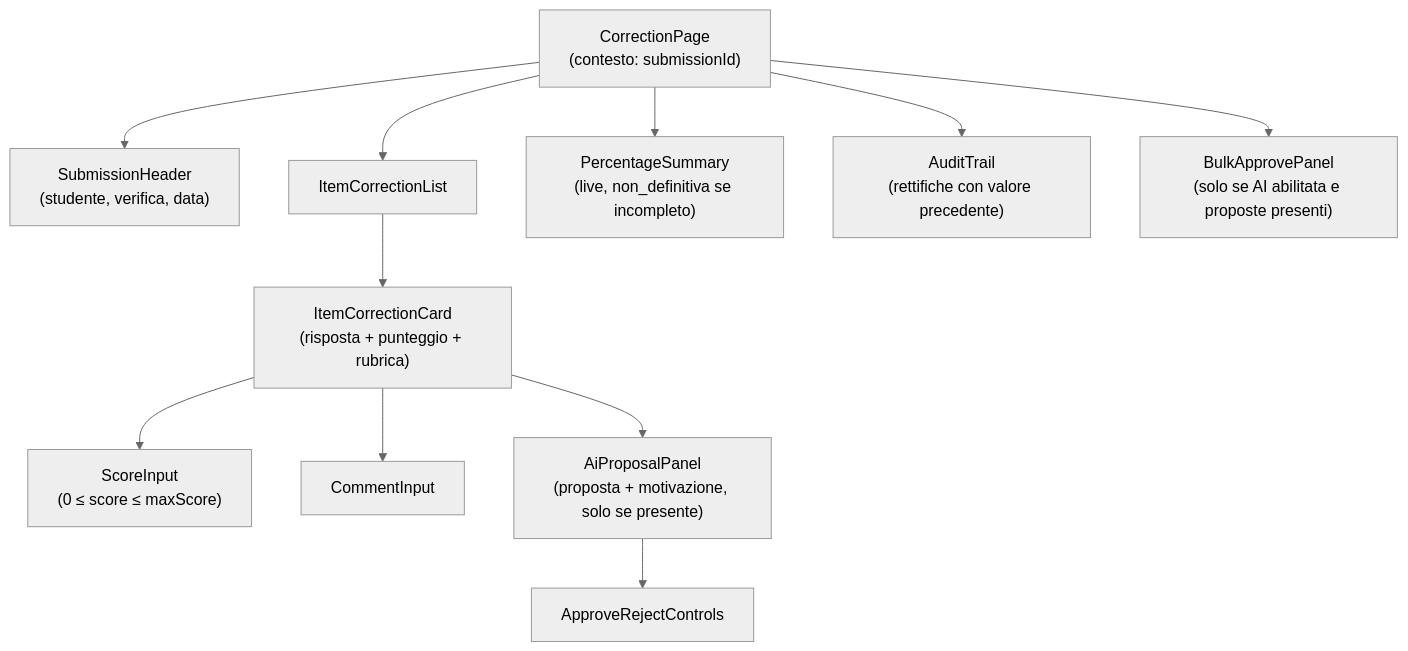
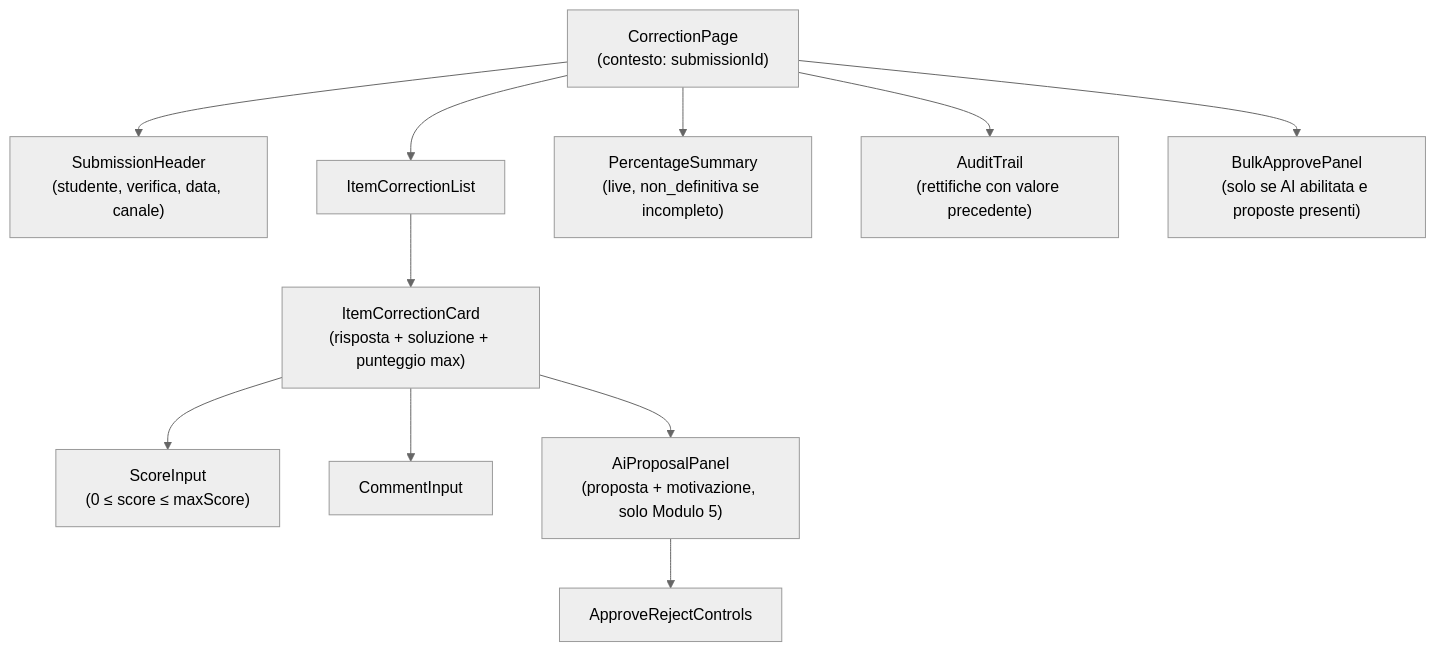
Before and after one commit to EnricoPaparo/SchoolForge: the fifth of 8 diagrams in documentazione/diagrammi/component-frontend.md, drawn with Mermaid (neutral theme). The commit also changed other lines of this file and 7 other files, not shown here.

First line of the commit message:
docs: allinea i 5 diagrammi alla v2.0 e completa il README

````diff
--- a/documentazione/diagrammi/component-frontend.md
+++ b/documentazione/diagrammi/component-frontend.md
@@ -123,15 +99,15 @@
 ```mermaid
 flowchart TD
     CorrectionPage["CorrectionPage\n(contesto: submissionId)"]
-    CorrectionPage --> SubmissionHeader["SubmissionHeader\n(studente, verifica, data)"]
+    CorrectionPage --> SubmissionHeader["SubmissionHeader\n(studente, verifica, data, canale)"]
     CorrectionPage --> ItemCorrectionList["ItemCorrectionList"]
-    ItemCorrectionList --> ItemCorrectionCard["ItemCorrectionCard\n(risposta + punteggio + rubrica)"]
+    ItemCorrectionList --> ItemCorrectionCard["ItemCorrectionCard\n(risposta + soluzione + punteggio max)"]
     ItemCorrectionCard --> ScoreInput["ScoreInput\n(0 ≤ score ≤ maxScore)"]
     ItemCorrectionCard --> CommentInput["CommentInput"]
-    ItemCorrectionCard --> AiProposalPanel["AiProposalPanel\n(proposta + motivazione, solo se presente)"]
+    ItemCorrectionCard --> AiProposalPanel["AiProposalPanel\n(proposta + motivazione, solo Modulo 5)"]
     AiProposalPanel --> ApproveRejectControls["ApproveRejectControls"]
 
     CorrectionPage --> PercentageSummary["PercentageSummary\n(live, non_definitiva se incompleto)"]
     CorrectionPage --> AuditTrail["AuditTrail\n(rettifiche con valore precedente)"]
     CorrectionPage --> BulkApprovePanel["BulkApprovePanel\n(solo se AI abilitata e proposte presenti)"]
 ```
````
